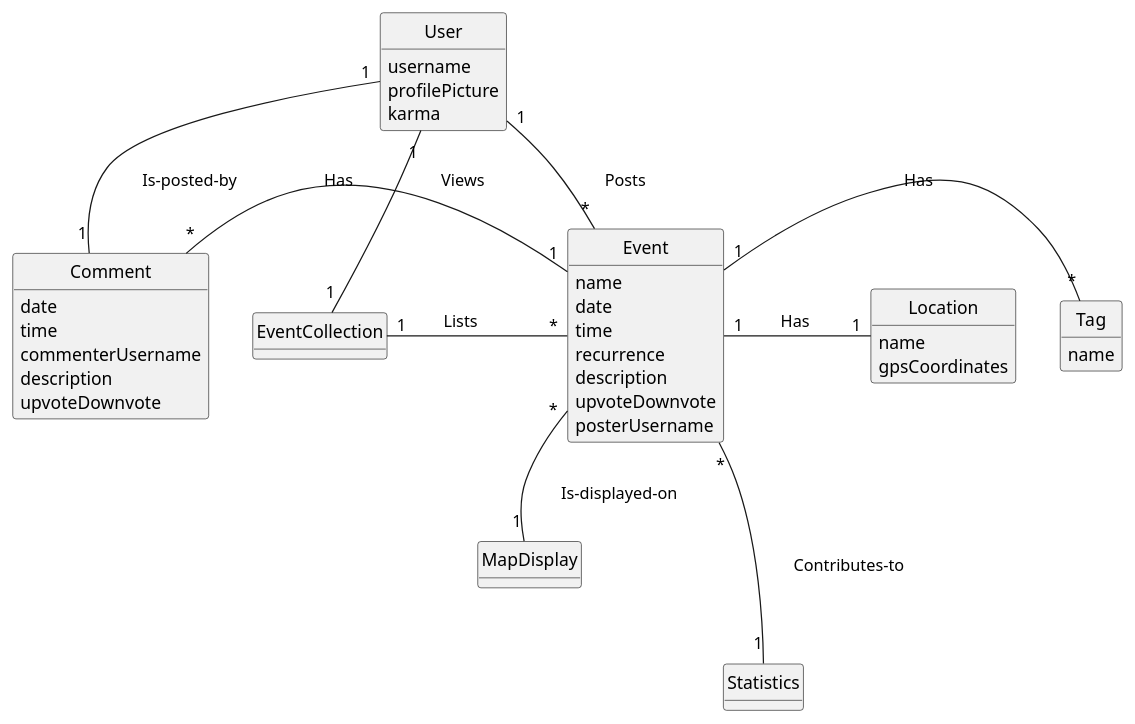
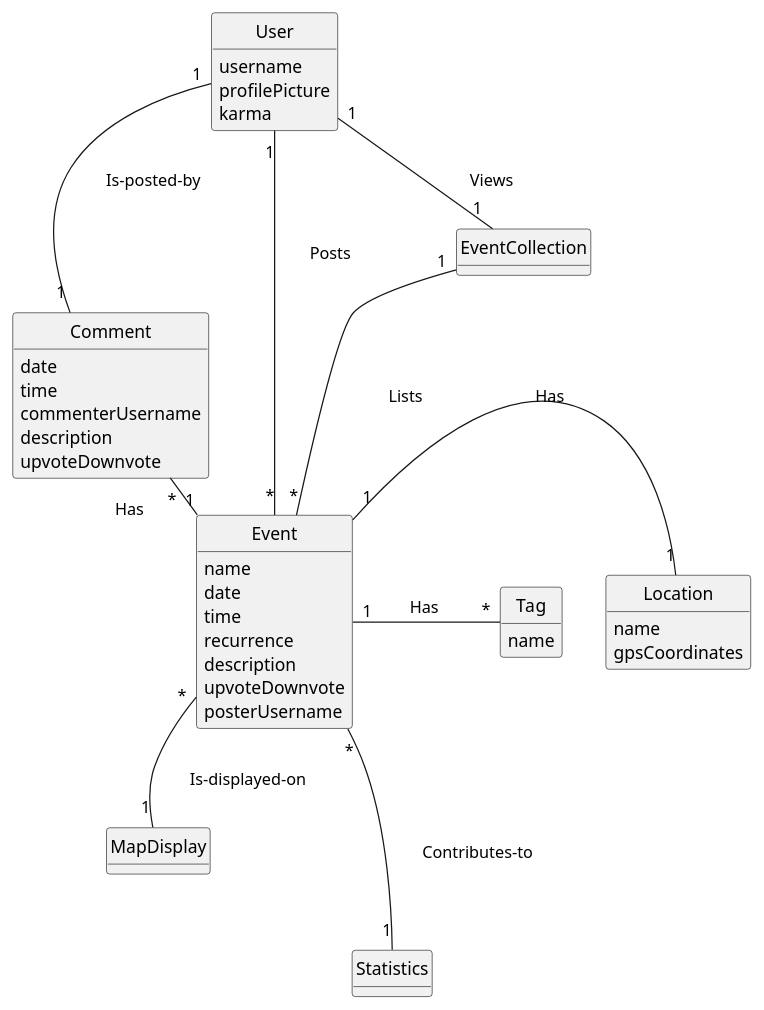
Before and after one commit to seamusgould/WhatsUpApp: the diagram in doc/design.md, drawn with PlantUML.

Commit message:
minor domain model format change

````diff
--- a/doc/design.md
+++ b/doc/design.md
@@ -2,55 +2,55 @@
 ```plantuml
 @startuml
 
 hide circle
 hide empty methods
 
 ' classes
 class User{
 username
 profilePicture
 karma
 }
 class EventCollection{
 }
 class Event{
 name
 date
 time
 recurrence
 description
 upvoteDownvote
 posterUsername
 }
 class Tag{
 name
 }
 class Location{
 name
 gpsCoordinates
 }
 class Comment{
 date
 time
 commenterUsername
 description
 upvoteDownvote
 }
 class MapDisplay{
 }
 class Statistics{
 }
 
 ' associations
 User "1" -- "1" EventCollection : \tViews\t\t
 User "1" - "*" Event : \tPosts\t\t
-EventCollection "1" - "*" Event : \tLists\t\t
+EventCollection "1" -- "*" Event : \tLists\t\t
 Event "1" - "1" Location : \tHas\t\t
 Event "1" - "*" Tag : \tHas\t\t
 Event "1" -left- "*" Comment : \tHas\t\t
 Comment "1" -up- "1" User : \tIs-posted-by\t\t
 Event "*" -- "1" MapDisplay : \tIs-displayed-on\t\t
 Event "*" --- "1" Statistics : \tContributes-to\t\t
 
 @enduml
 ```
````
